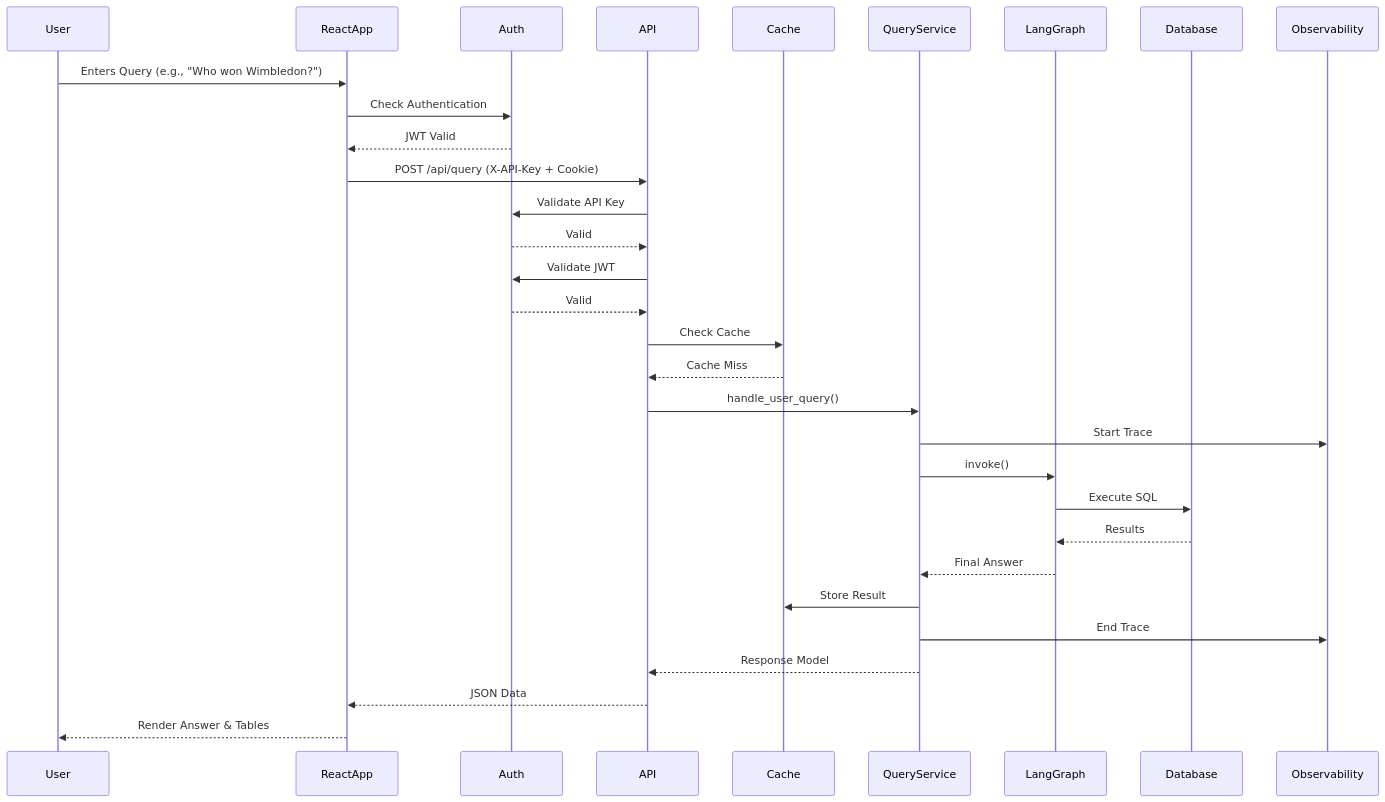
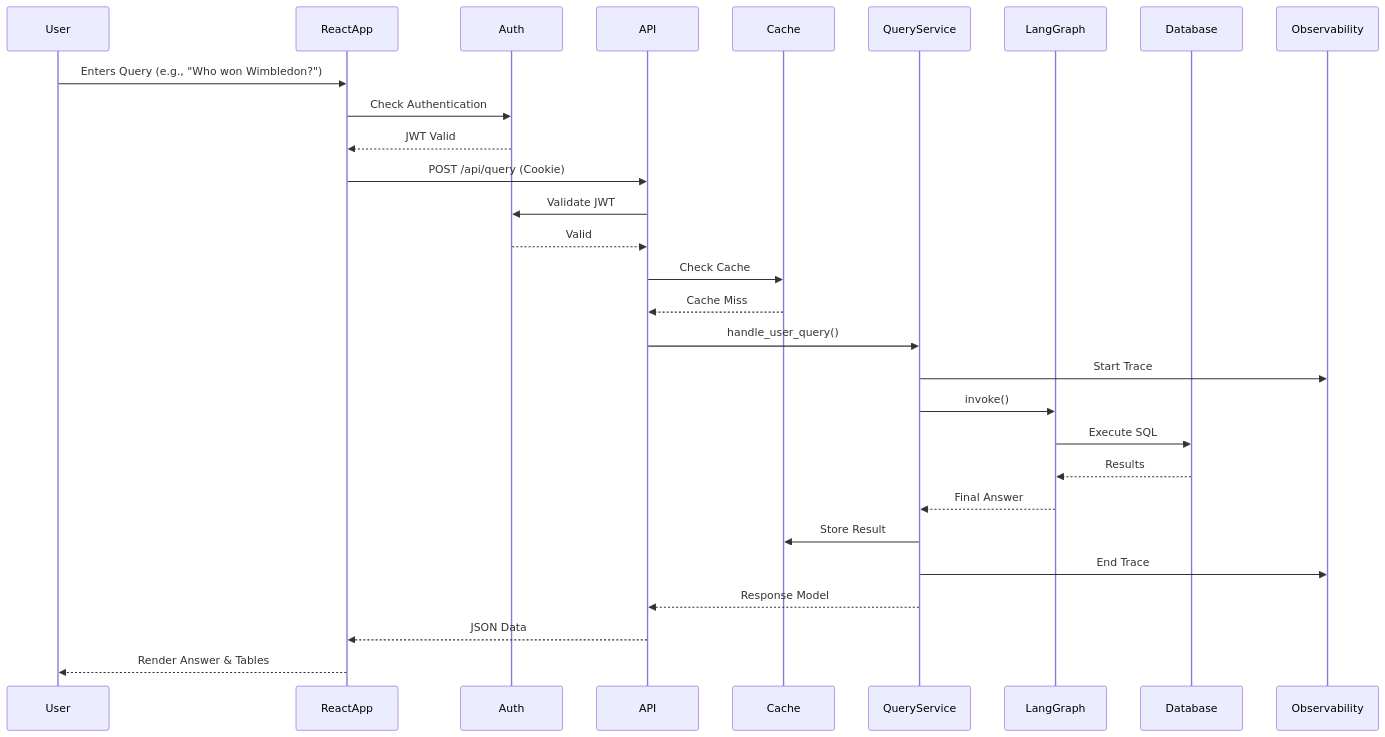
Before and after one commit to Ajit-KBehera/AskTennis_React_FastAPI: the diagram in mds/01_System_Architecture.md, drawn with Mermaid. The commit also changed other lines of this file and 3 other files, not shown here.

Commit message:
Remove `API_SECRET_KEY` usage from CI/CD, documentation, and environment configuration, shifting `/api/query` authentication to rely solely on JWT.

````diff
--- a/mds/01_System_Architecture.md
+++ b/mds/01_System_Architecture.md
@@ -256,34 +261,32 @@
 ```mermaid
 sequenceDiagram
     participant User
     participant ReactApp
     participant Auth
     participant API
     participant Cache
     participant QueryService
     participant LangGraph
     participant Database
     participant Observability
-    
+
     User->>ReactApp: Enters Query (e.g., "Who won Wimbledon?")
     ReactApp->>Auth: Check Authentication
     Auth-->>ReactApp: JWT Valid
-    ReactApp->>API: POST /api/query (X-API-Key + Cookie)
-    API->>Auth: Validate API Key
-    Auth-->>API: Valid
+    ReactApp->>API: POST /api/query (Cookie)
     API->>Auth: Validate JWT
     Auth-->>API: Valid
     API->>Cache: Check Cache
     Cache-->>API: Cache Miss
     API->>QueryService: handle_user_query()
     QueryService->>Observability: Start Trace
     QueryService->>LangGraph: invoke()
     LangGraph->>Database: Execute SQL
     Database-->>LangGraph: Results
     LangGraph-->>QueryService: Final Answer
     QueryService->>Cache: Store Result
     QueryService->>Observability: End Trace
     QueryService-->>API: Response Model
     API-->>ReactApp: JSON Data
     ReactApp-->>User: Render Answer & Tables
 ```
````
